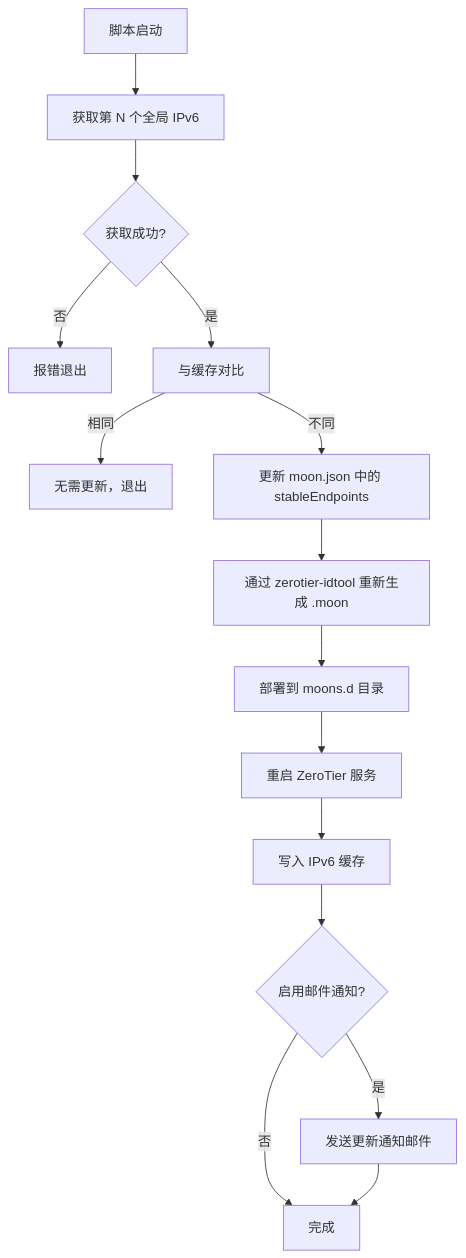
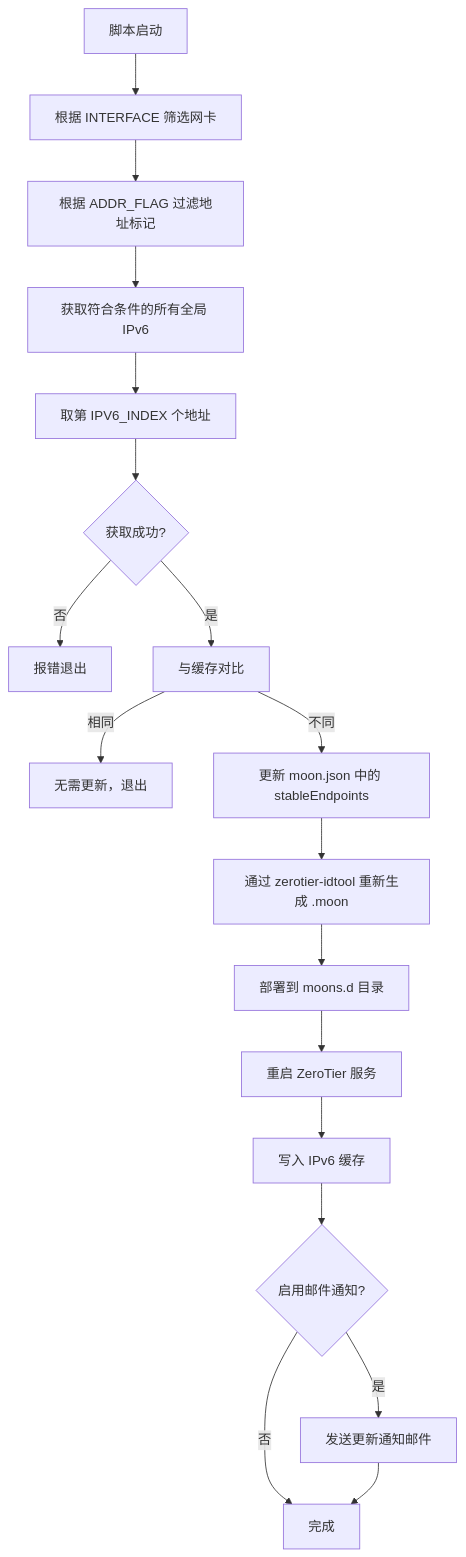
Before and after one commit to sch-chun/update-zt-moon-dynamic-ipv6: the diagram in README.md, drawn with Mermaid. The commit also changed other lines of this file, not shown here.

Commit message:
docs: Update workflow diagram and install description for INTERFACE/ADDR_FLAG interaction

````diff
--- a/README.md
+++ b/README.md
@@ -104,17 +104,20 @@
 ```mermaid
 flowchart TD
-    A[脚本启动] --> B[获取第 N 个全局 IPv6]
-    B --> C{获取成功?}
-    C -->|否| D[报错退出]
-    C -->|是| E[与缓存对比]
-    E -->|相同| F[无需更新，退出]
-    E -->|不同| G[更新 moon.json 中的 stableEndpoints]
-    G --> H[通过 zerotier-idtool 重新生成 .moon]
-    H --> I[部署到 moons.d 目录]
-    I --> J[重启 ZeroTier 服务]
-    J --> K[写入 IPv6 缓存]
-    K --> L{启用邮件通知?}
-    L -->|是| M[发送更新通知邮件]
-    L -->|否| N[完成]
-    M --> N
+    A[脚本启动] --> B[根据 INTERFACE 筛选网卡]
+    B --> C[根据 ADDR_FLAG 过滤地址标记]
+    C --> D[获取符合条件的所有全局 IPv6]
+    D --> E[取第 IPV6_INDEX 个地址]
+    E --> F{获取成功?}
+    F -->|否| G[报错退出]
+    F -->|是| H[与缓存对比]
+    H -->|相同| I[无需更新，退出]
+    H -->|不同| J[更新 moon.json 中的 stableEndpoints]
+    J --> K[通过 zerotier-idtool 重新生成 .moon]
+    K --> L[部署到 moons.d 目录]
+    L --> M[重启 ZeroTier 服务]
+    M --> N[写入 IPv6 缓存]
+    N --> O{启用邮件通知?}
+    O -->|是| P[发送更新通知邮件]
+    O -->|否| Q[完成]
+    P --> Q
 ```
````
